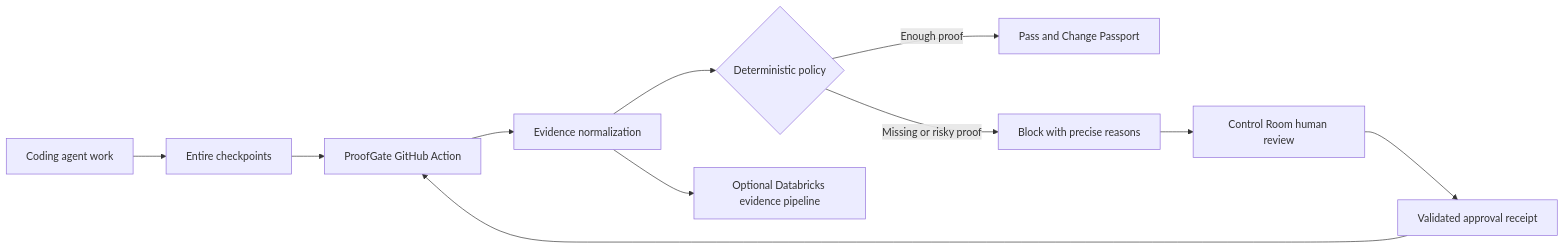
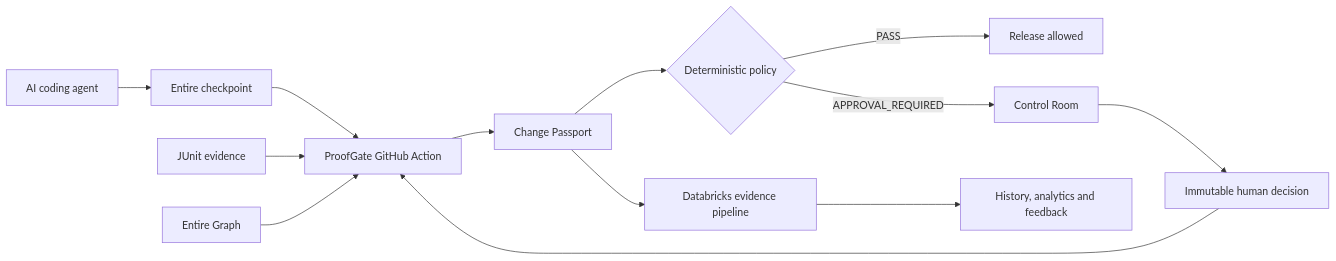
One commit to Subramanyarao11/external-agents changed the first of 2 diagrams in BUILDATHON.md. Above: the diagram before and after it, drawn with Mermaid. The commit also changed other lines of this file, not shown here.

````diff
--- a/BUILDATHON.md
+++ b/BUILDATHON.md
@@ -31,13 +29,15 @@
 ```mermaid
 flowchart LR
-    A[Coding agent work] --> B[Entire checkpoints]
+    A[AI coding agent] --> B[Entire checkpoint]
     B --> C[ProofGate GitHub Action]
-    C --> D[Evidence normalization]
-    D --> E{Deterministic policy}
-    E -->|Enough proof| F[Pass and Change Passport]
-    E -->|Missing or risky proof| G[Block with precise reasons]
-    G --> H[Control Room human review]
-    H --> I[Validated approval receipt]
-    I --> C
-    D --> J[Optional Databricks evidence pipeline]
+    D[JUnit evidence] --> C
+    E[Entire Graph] --> C
+    C --> F[Change Passport]
+    F --> G{Deterministic policy}
+    G -->|PASS| H[Release allowed]
+    G -->|APPROVAL_REQUIRED| I[Control Room]
+    I --> J[Immutable human decision]
+    J --> C
+    F --> K[Databricks evidence pipeline]
+    K --> L[History, analytics and feedback]
 ```
````
